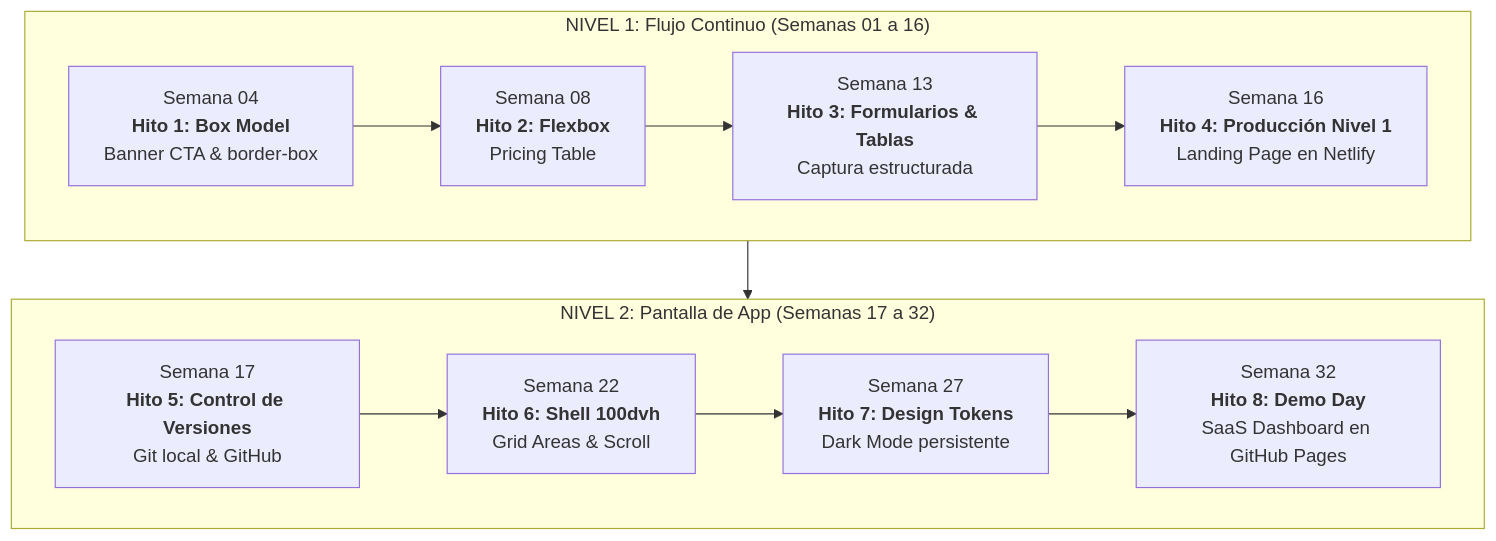
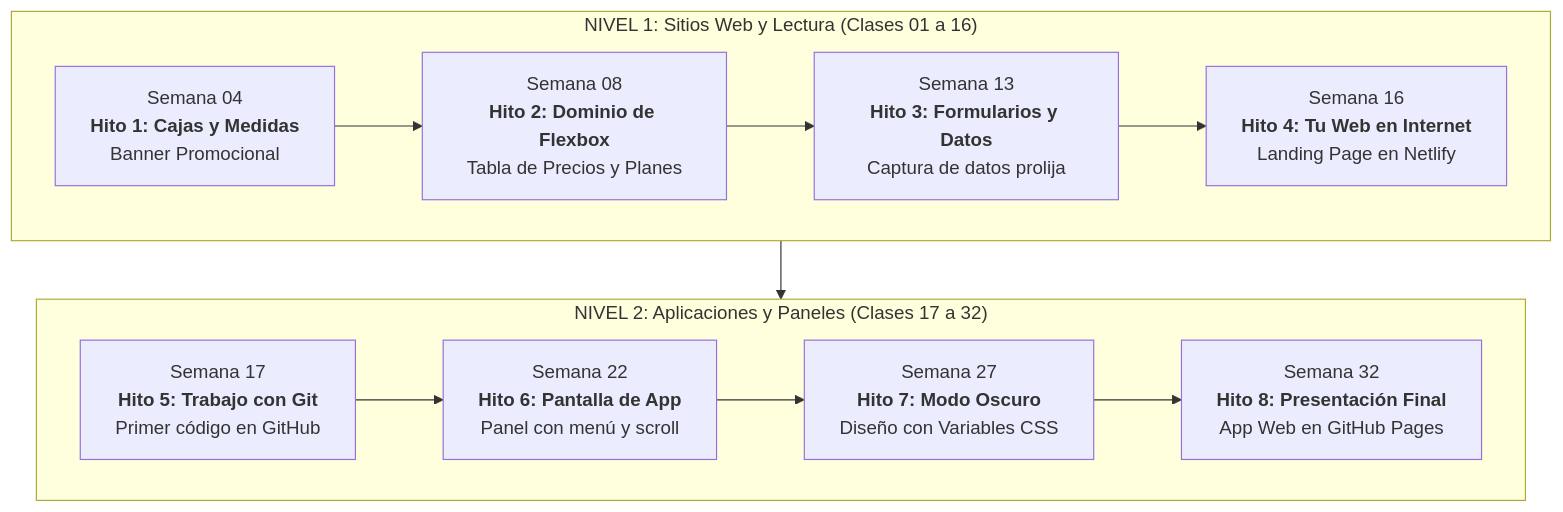
Before and after one commit to sergiogimenezclass/interfaces-web: the diagram in PROGRAMA.md, drawn with Mermaid. The commit also changed other lines of this file, not shown here.

````diff
--- a/PROGRAMA.md
+++ b/PROGRAMA.md
@@ -85,14 +87,14 @@
 ```mermaid
 flowchart TD
-    subgraph N1["NIVEL 1: Flujo Continuo (Semanas 01 a 16)"]
+    subgraph N1["NIVEL 1: Sitios Web y Lectura (Clases 01 a 16)"]
         direction LR
-        H1["Semana 04<br/><b>Hito 1: Box Model</b><br/>Banner CTA & border-box"] --> H2["Semana 08<br/><b>Hito 2: Flexbox</b><br/>Pricing Table"] --> H3["Semana 13<br/><b>Hito 3: Formularios & Tablas</b><br/>Captura estructurada"] --> H4["Semana 16<br/><b>Hito 4: Producción Nivel 1</b><br/>Landing Page en Netlify"]
+        H1["Semana 04<br/><b>Hito 1: Cajas y Medidas</b><br/>Banner Promocional"] --> H2["Semana 08<br/><b>Hito 2: Dominio de Flexbox</b><br/>Tabla de Precios y Planes"] --> H3["Semana 13<br/><b>Hito 3: Formularios y Datos</b><br/>Captura de datos prolija"] --> H4["Semana 16<br/><b>Hito 4: Tu Web en Internet</b><br/>Landing Page en Netlify"]
     end
 
-    subgraph N2["NIVEL 2: Pantalla de App (Semanas 17 a 32)"]
+    subgraph N2["NIVEL 2: Aplicaciones y Paneles (Clases 17 a 32)"]
         direction LR
-        H5["Semana 17<br/><b>Hito 5: Control de Versiones</b><br/>Git local & GitHub"] --> H6["Semana 22<br/><b>Hito 6: Shell 100dvh</b><br/>Grid Areas & Scroll"] --> H7["Semana 27<br/><b>Hito 7: Design Tokens</b><br/>Dark Mode persistente"] --> H8["Semana 32<br/><b>Hito 8: Demo Day</b><br/>SaaS Dashboard en GitHub Pages"]
+        H5["Semana 17<br/><b>Hito 5: Trabajo con Git</b><br/>Primer código en GitHub"] --> H6["Semana 22<br/><b>Hito 6: Pantalla de App</b><br/>Panel con menú y scroll"] --> H7["Semana 27<br/><b>Hito 7: Modo Oscuro</b><br/>Diseño con Variables CSS"] --> H8["Semana 32<br/><b>Hito 8: Presentación Final</b><br/>App Web en GitHub Pages"]
     end
 
     H4 --> H5
 ```
````
